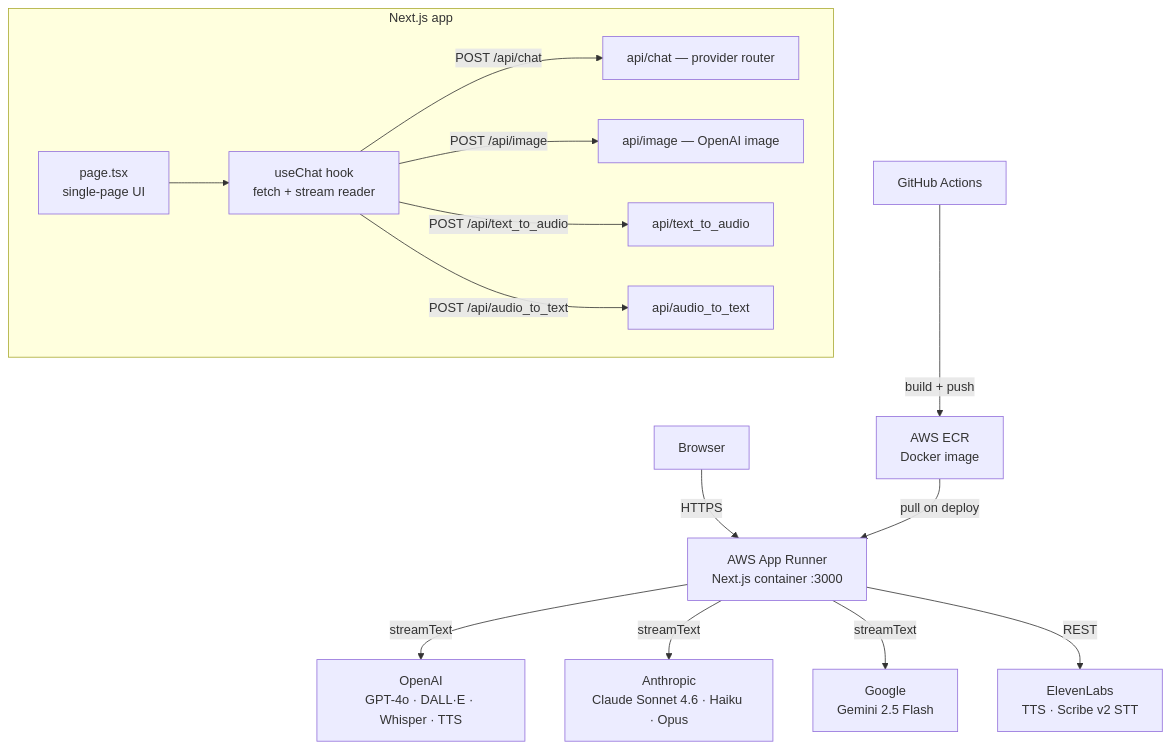
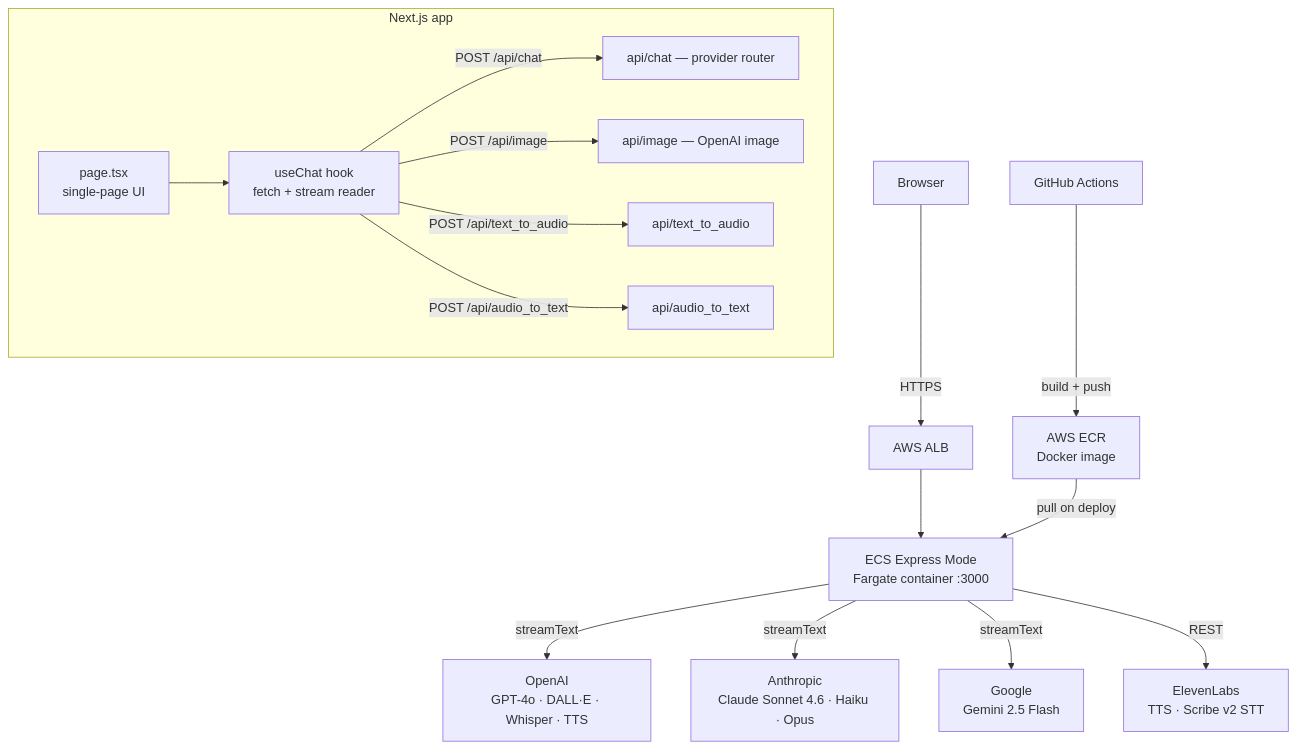
Before and after one commit to diego-portillo/study-universe-project: the diagram in ai_hub/README.md, drawn with Mermaid. The commit also changed other lines of this file and 11 other files, not shown here.

````diff
--- a/ai_hub/README.md
+++ b/ai_hub/README.md
@@ -21,20 +21,21 @@
 ```mermaid
 graph TD
-    Browser -->|HTTPS| AppRunner[AWS App Runner\nNext.js container :3000]
+    Browser -->|HTTPS| ALB[AWS ALB]
+    ALB --> ECS[ECS Express Mode\nFargate container :3000]
 
-    AppRunner -->|streamText| OpenAI[OpenAI\nGPT-4o · DALL·E · Whisper · TTS]
-    AppRunner -->|streamText| Anthropic[Anthropic\nClaude Sonnet 4.6 · Haiku · Opus]
-    AppRunner -->|streamText| Google[Google\nGemini 2.5 Flash]
-    AppRunner -->|REST| ElevenLabs[ElevenLabs\nTTS · Scribe v2 STT]
+    ECS -->|streamText| OpenAI[OpenAI\nGPT-4o · DALL·E · Whisper · TTS]
+    ECS -->|streamText| Anthropic[Anthropic\nClaude Sonnet 4.6 · Haiku · Opus]
+    ECS -->|streamText| Google[Google\nGemini 2.5 Flash]
+    ECS -->|REST| ElevenLabs[ElevenLabs\nTTS · Scribe v2 STT]
 
     GHA[GitHub Actions] -->|build + push| ECR[AWS ECR\nDocker image]
-    ECR -->|pull on deploy| AppRunner
+    ECR -->|pull on deploy| ECS
 
     subgraph "Next.js app"
         Page[page.tsx\nsingle-page UI] --> Hook[useChat hook\nfetch + stream reader]
         Hook -->|POST /api/chat| ChatRoute[api/chat — provider router]
         Hook -->|POST /api/image| ImageRoute[api/image — OpenAI image]
         Hook -->|POST /api/text_to_audio| TTSRoute[api/text_to_audio]
         Hook -->|POST /api/audio_to_text| STTRoute[api/audio_to_text]
     end
 ```
````
